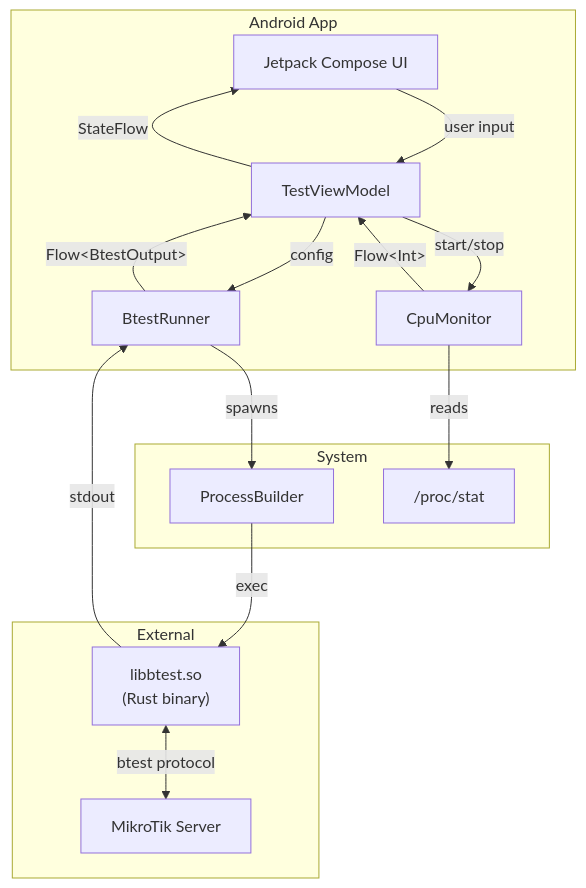
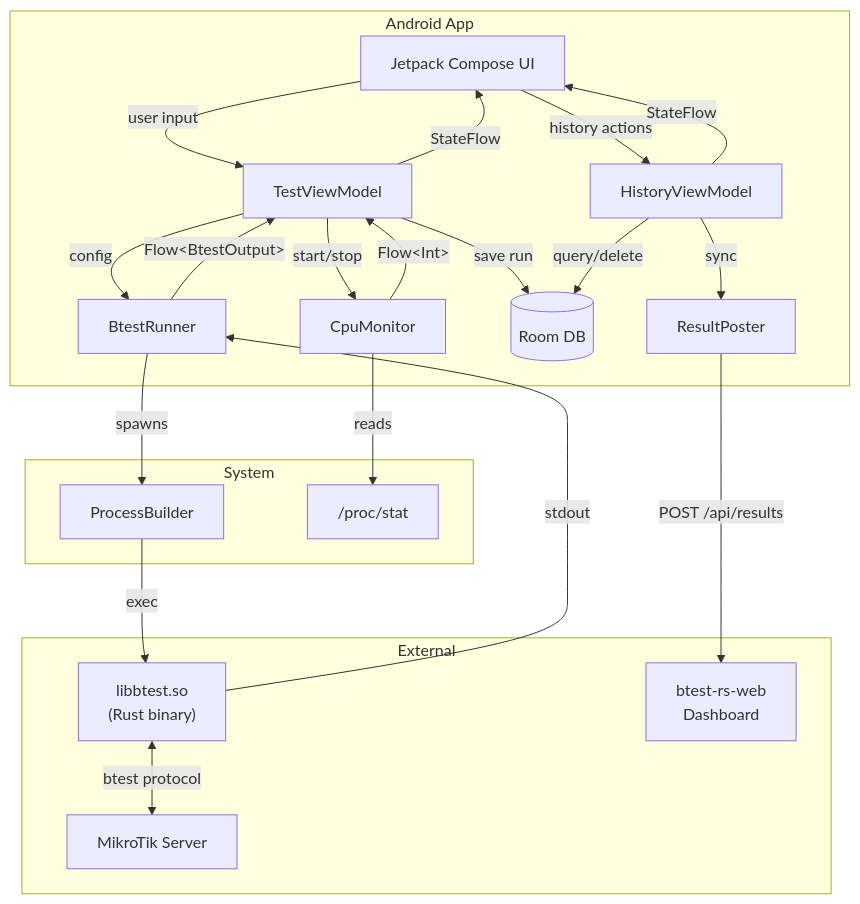
One commit to manawenuz/btest-rs-android changed the first of 8 diagrams in docs/architecture.md. Above: the diagram before and after it, drawn with Mermaid. The commit also changed other lines of this file and 2 other files, not shown here.

First line of the commit message:
Update docs with web dashboard, sync, and deployment guide

````diff
--- a/docs/architecture.md
+++ b/docs/architecture.md
@@ -7,31 +7,41 @@
 ```mermaid
 graph TB
     subgraph Android App
         UI[Jetpack Compose UI]
-        VM[TestViewModel]
+        TVM[TestViewModel]
+        HVM[HistoryViewModel]
         Runner[BtestRunner]
         CPU[CpuMonitor]
+        DB[(Room DB)]
+        Sync[ResultPoster]
     end
 
     subgraph System
         PB[ProcessBuilder]
         Proc["/proc/stat"]
     end
 
     subgraph External
         Binary["libbtest.so<br/>(Rust binary)"]
         Server[MikroTik Server]
+        Web["btest-rs-web<br/>Dashboard"]
     end
 
-    UI -->|user input| VM
-    VM -->|config| Runner
-    VM -->|start/stop| CPU
+    UI -->|user input| TVM
+    UI -->|history actions| HVM
+    TVM -->|config| Runner
+    TVM -->|start/stop| CPU
+    TVM -->|save run| DB
+    HVM -->|query/delete| DB
+    HVM -->|sync| Sync
+    Sync -->|POST /api/results| Web
     CPU -->|reads| Proc
     Runner -->|spawns| PB
     PB -->|exec| Binary
     Binary <-->|btest protocol| Server
     Binary -->|stdout| Runner
-    Runner -->|Flow&lt;BtestOutput&gt;| VM
-    CPU -->|Flow&lt;Int&gt;| VM
-    VM -->|StateFlow| UI
+    Runner -->|Flow&lt;BtestOutput&gt;| TVM
+    CPU -->|Flow&lt;Int&gt;| TVM
+    TVM -->|StateFlow| UI
+    HVM -->|StateFlow| UI
 ```
````
